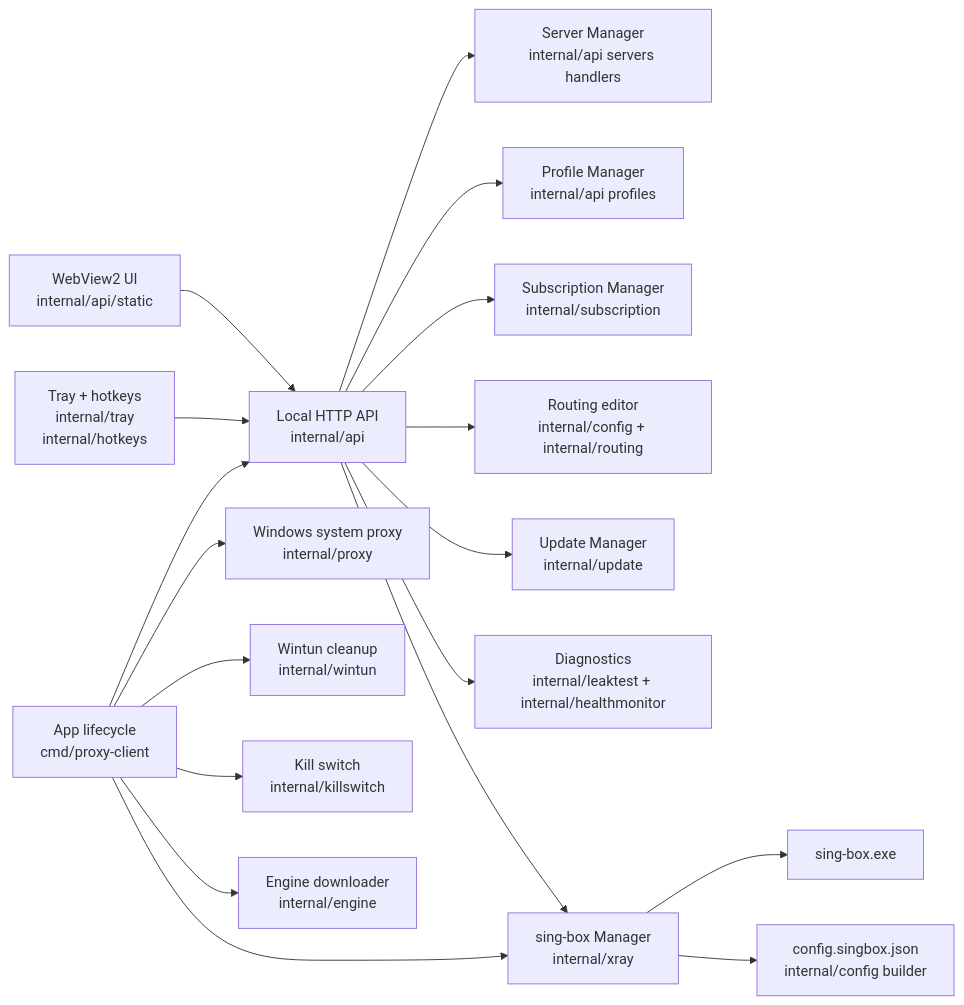
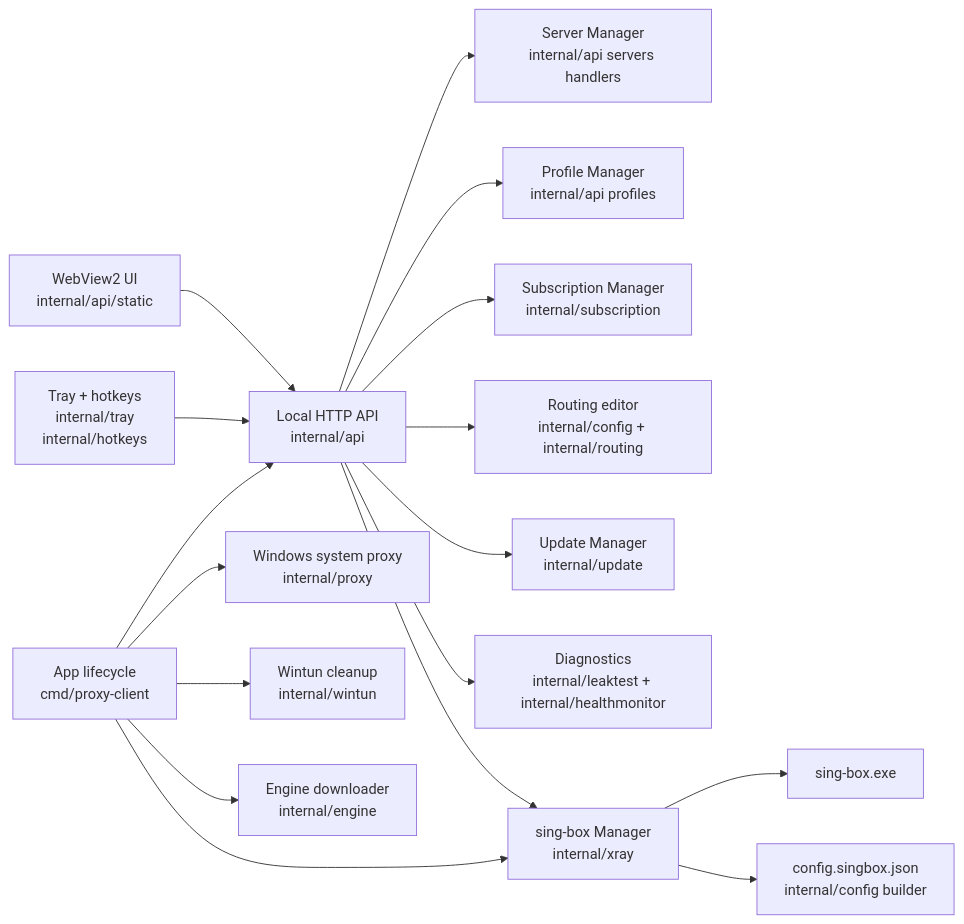
The first of 5 diagrams in docs/ARCHITECTURE.md (slam-ui/proxy), drawn with Mermaid before and after one commit. The commit also changed other lines of this file and 39 other files, not shown here.

First line of the commit message:
fix(proxy): remove kill switch feature

````diff
--- a/docs/ARCHITECTURE.md
+++ b/docs/ARCHITECTURE.md
@@ -12,20 +12,19 @@
 ```mermaid
 flowchart LR
     UI["WebView2 UI\ninternal/api/static"] --> API["Local HTTP API\ninternal/api"]
     Tray["Tray + hotkeys\ninternal/tray\ninternal/hotkeys"] --> API
     API --> Servers["Server Manager\ninternal/api servers handlers"]
     API --> Profiles["Profile Manager\ninternal/api profiles"]
     API --> Subs["Subscription Manager\ninternal/subscription"]
     API --> Routing["Routing editor\ninternal/config + internal/routing"]
     API --> Updates["Update Manager\ninternal/update"]
     API --> Diagnostics["Diagnostics\ninternal/leaktest + internal/healthmonitor"]
     API --> Xray["sing-box Manager\ninternal/xray"]
     Xray --> SingBox["sing-box.exe"]
     Xray --> Config["config.singbox.json\ninternal/config builder"]
     App["App lifecycle\ncmd/proxy-client"] --> API
     App --> Xray
     App --> Proxy["Windows system proxy\ninternal/proxy"]
     App --> Wintun["Wintun cleanup\ninternal/wintun"]
-    App --> Kill["Kill switch\ninternal/killswitch"]
     App --> Engine["Engine downloader\ninternal/engine"]
 ```
````
